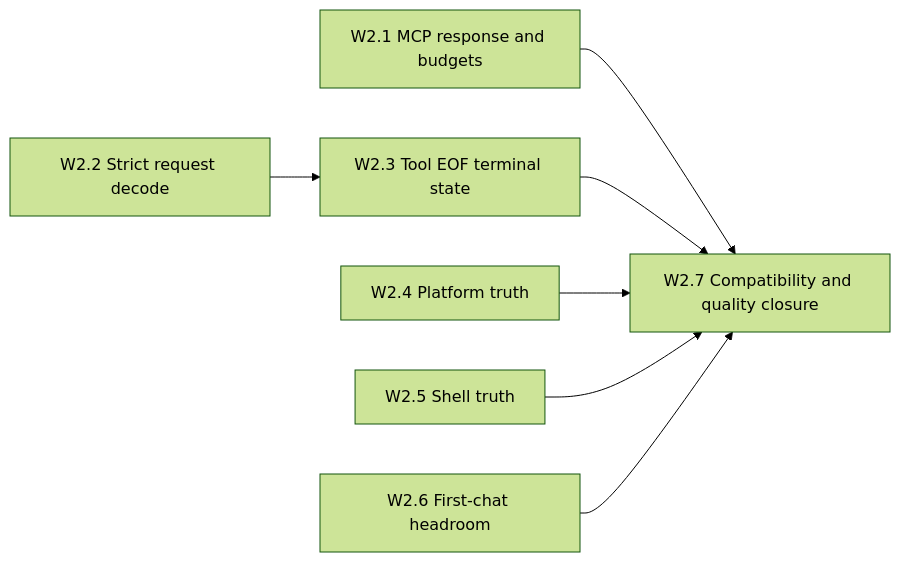
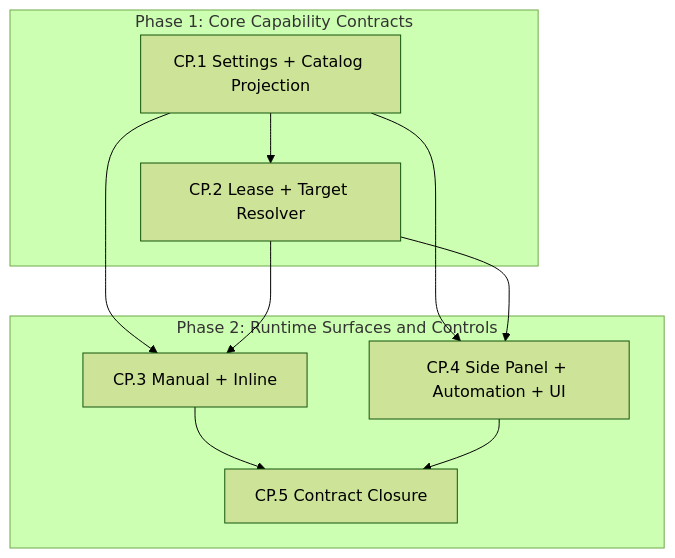
Before and after one commit to iiSwxft/DS-ide-to-web: the diagram in docs/plan/dependency-graph.md, drawn with Mermaid (forest theme). The commit also changed other lines of this file and 64 other files, not shown here.

Commit message:
Introduce MCP capability plane and tighten tool runtime contracts

````diff
--- a/docs/plan/dependency-graph.md
+++ b/docs/plan/dependency-graph.md
@@ -5,9 +3,17 @@
 ```mermaid
-flowchart LR
-    W21["W2.1 MCP response and budgets"] --> W27["W2.7 Compatibility and quality closure"]
-    W22["W2.2 Strict request decode"] --> W23["W2.3 Tool EOF terminal state"]
-    W23 --> W27
-    W24["W2.4 Platform truth"] --> W27
-    W25["W2.5 Shell truth"] --> W27
-    W26["W2.6 First-chat headroom"] --> W27
+flowchart TD
+  subgraph P1["Phase 1: Core Capability Contracts"]
+    CP1["CP.1 Settings + Catalog Projection"] --> CP2["CP.2 Lease + Target Resolver"]
+  end
+  subgraph P2["Phase 2: Runtime Surfaces and Controls"]
+    CP3["CP.3 Manual + Inline"]
+    CP4["CP.4 Side Panel + Automation + UI"]
+    CP5["CP.5 Contract Closure"]
+  end
+  CP1 --> CP3
+  CP2 --> CP3
+  CP1 --> CP4
+  CP2 --> CP4
+  CP3 --> CP5
+  CP4 --> CP5
 ```
````
